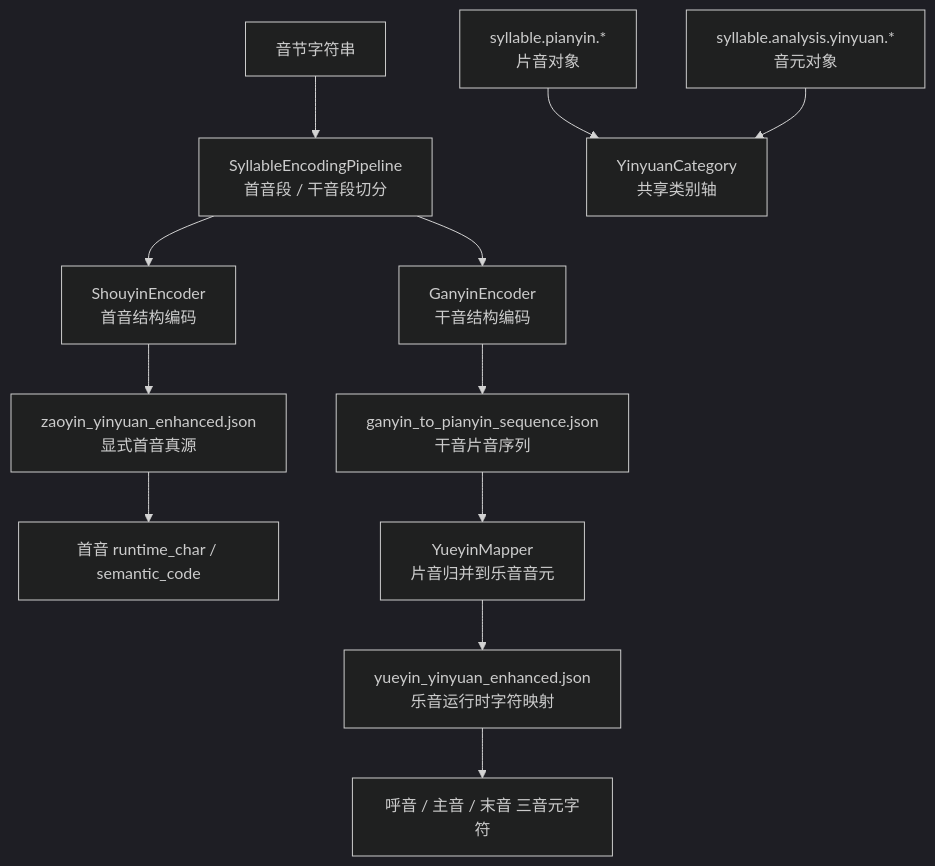
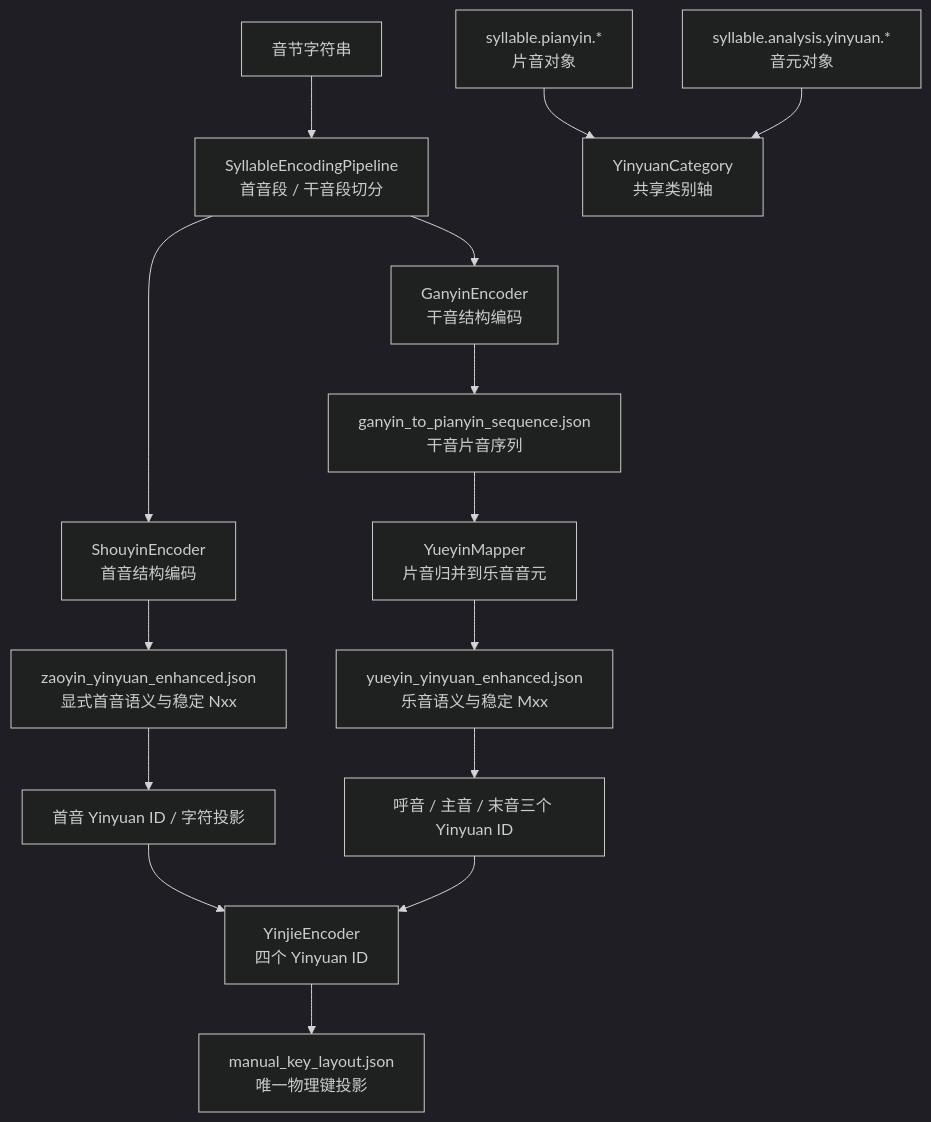
Before and after one commit to tsaanghwang/Yime-prototype: the diagram in docs/project/YINYUAN_REFACTOR_FLOW.md, drawn with Mermaid (dark theme). The commit also changed other lines of this file and 18 other files, not shown here.

````diff
--- a/docs/project/YINYUAN_REFACTOR_FLOW.md
+++ b/docs/project/YINYUAN_REFACTOR_FLOW.md
@@ -13,18 +16,22 @@
 ```mermaid
 flowchart TD
     A[音节字符串] --> B[SyllableEncodingPipeline\n首音段 / 干音段切分]
 
     B --> C[ShouyinEncoder\n首音结构编码]
     B --> D[GanyinEncoder\n干音结构编码]
 
-    C --> C1[zaoyin_yinyuan_enhanced.json\n显式首音真源]
-    C1 --> C2[首音 runtime_char / semantic_code]
+    C --> C1[zaoyin_yinyuan_enhanced.json\n显式首音语义与稳定 Nxx]
+    C1 --> C2[首音 Yinyuan ID / 字符投影]
 
     D --> D1[ganyin_to_pianyin_sequence.json\n干音片音序列]
     D1 --> D2[YueyinMapper\n片音归并到乐音音元]
-    D2 --> D3[yueyin_yinyuan_enhanced.json\n乐音运行时字符映射]
-    D3 --> D4[呼音 / 主音 / 末音 三音元字符]
+    D2 --> D3[yueyin_yinyuan_enhanced.json\n乐音语义与稳定 Mxx]
+    D3 --> D4[呼音 / 主音 / 末音三个 Yinyuan ID]
+
+    C2 --> H[YinjieEncoder\n四个 Yinyuan ID]
+    D4 --> H
+    H --> I[manual_key_layout.json\n唯一物理键投影]
 
     E[syllable.pianyin.*\n片音对象] --> F[YinyuanCategory\n共享类别轴]
     G[syllable.analysis.yinyuan.*\n音元对象] --> F
 ```
````
